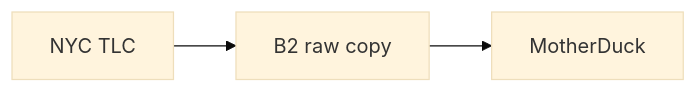
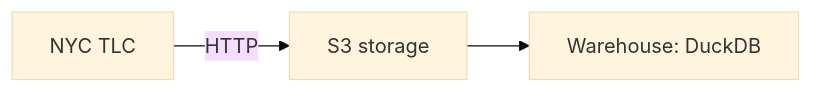
One commit to patuh-istizhar/nyc-taxi-elt changed the diagram in README.md. Above: the diagram before and after it, drawn with Mermaid (base theme). The commit also changed other lines of this file and 33 other files, not shown here.

````diff
--- a/README.md
+++ b/README.md
@@ -9,4 +13,5 @@
 ```mermaid
 flowchart LR
-    TLC[NYC TLC] --> B2[B2 raw copy] --> MD[MotherDuck]
+    TLC[NYC TLC] -->|HTTP| S3[S3 storage]
+    S3 --> WH[Warehouse: DuckDB]
 ```
````
